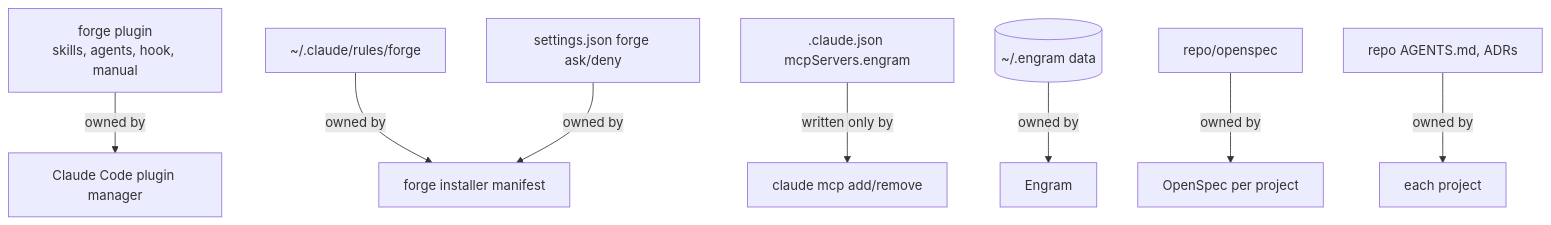
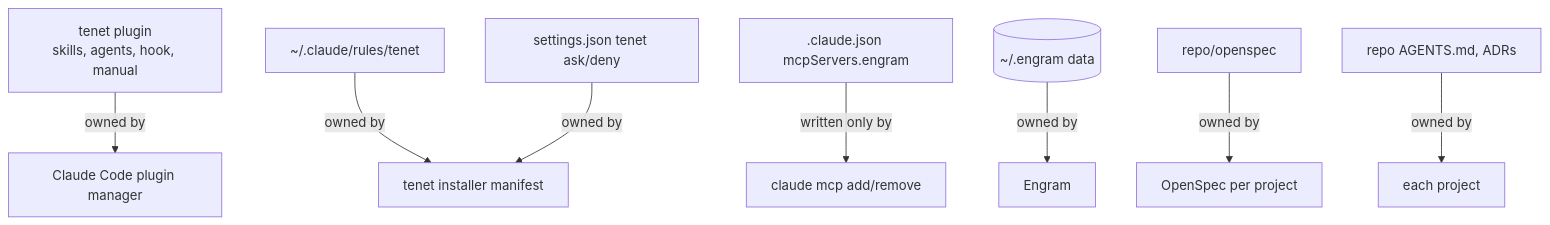
Before and after one commit to nobodyh-ctrl/tenet-plugin: the diagram in docs/architecture.md, drawn with Mermaid. The commit also changed other lines of this file and 117 other files, not shown here.

First line of the commit message:
refactor!: rename forge to tenet and add tag-triggered release pipeline

````diff
--- a/docs/architecture.md
+++ b/docs/architecture.md
@@ -26,10 +26,10 @@
 ```mermaid
 flowchart TB
-  forge[forge plugin<br/>skills, agents, hook, manual] -->|owned by| CC[Claude Code plugin manager]
-  rules[~/.claude/rules/forge] -->|owned by| inst[forge installer manifest]
-  perms[settings.json forge ask/deny] -->|owned by| inst
+  tenet[tenet plugin<br/>skills, agents, hook, manual] -->|owned by| CC[Claude Code plugin manager]
+  rules[~/.claude/rules/tenet] -->|owned by| inst[tenet installer manifest]
+  perms[settings.json tenet ask/deny] -->|owned by| inst
   mcp[.claude.json mcpServers.engram] -->|written only by| cli[claude mcp add/remove]
   db[(~/.engram data)] -->|owned by| engram[Engram]
   specs[repo/openspec] -->|owned by| openspec[OpenSpec per project]
   proj[repo AGENTS.md, ADRs] -->|owned by| project[each project]
 ```
````
